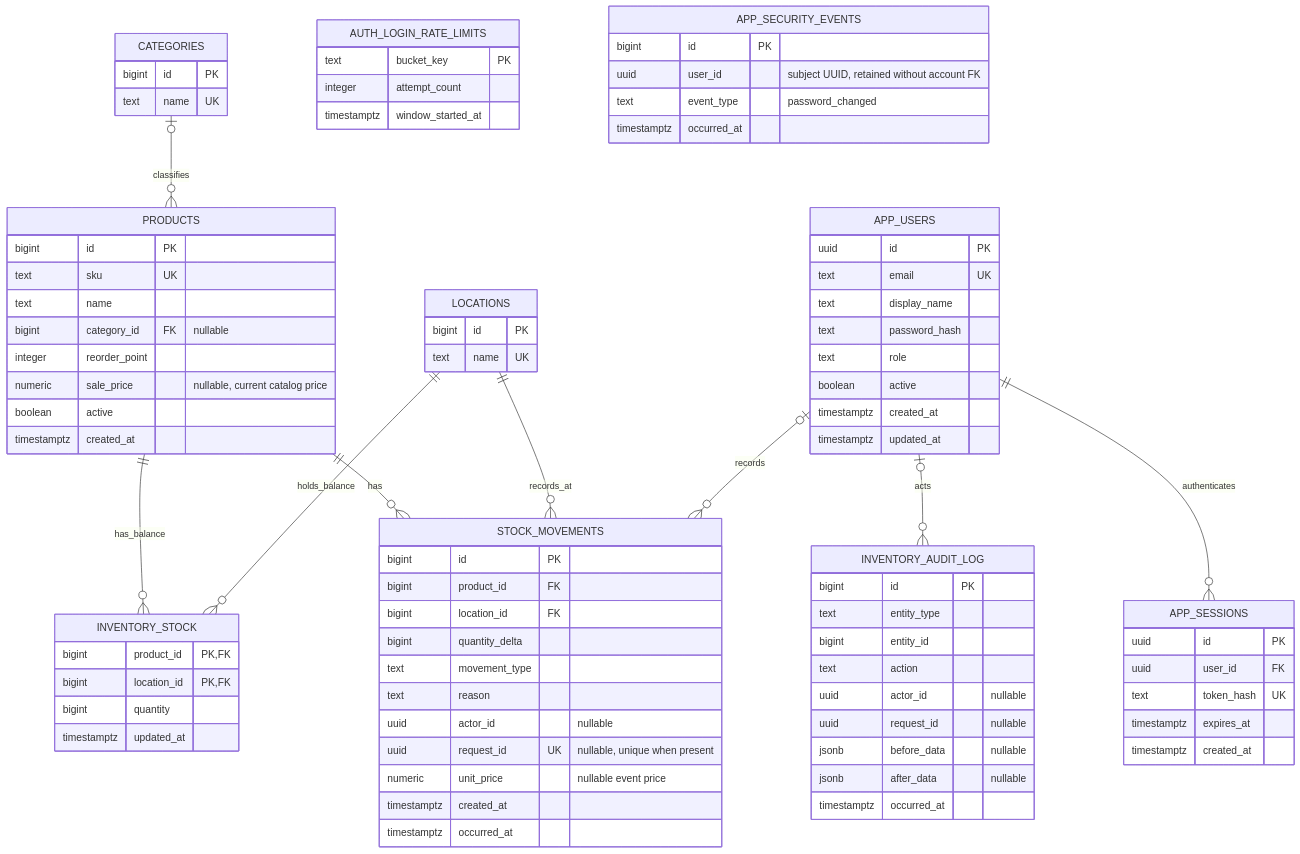
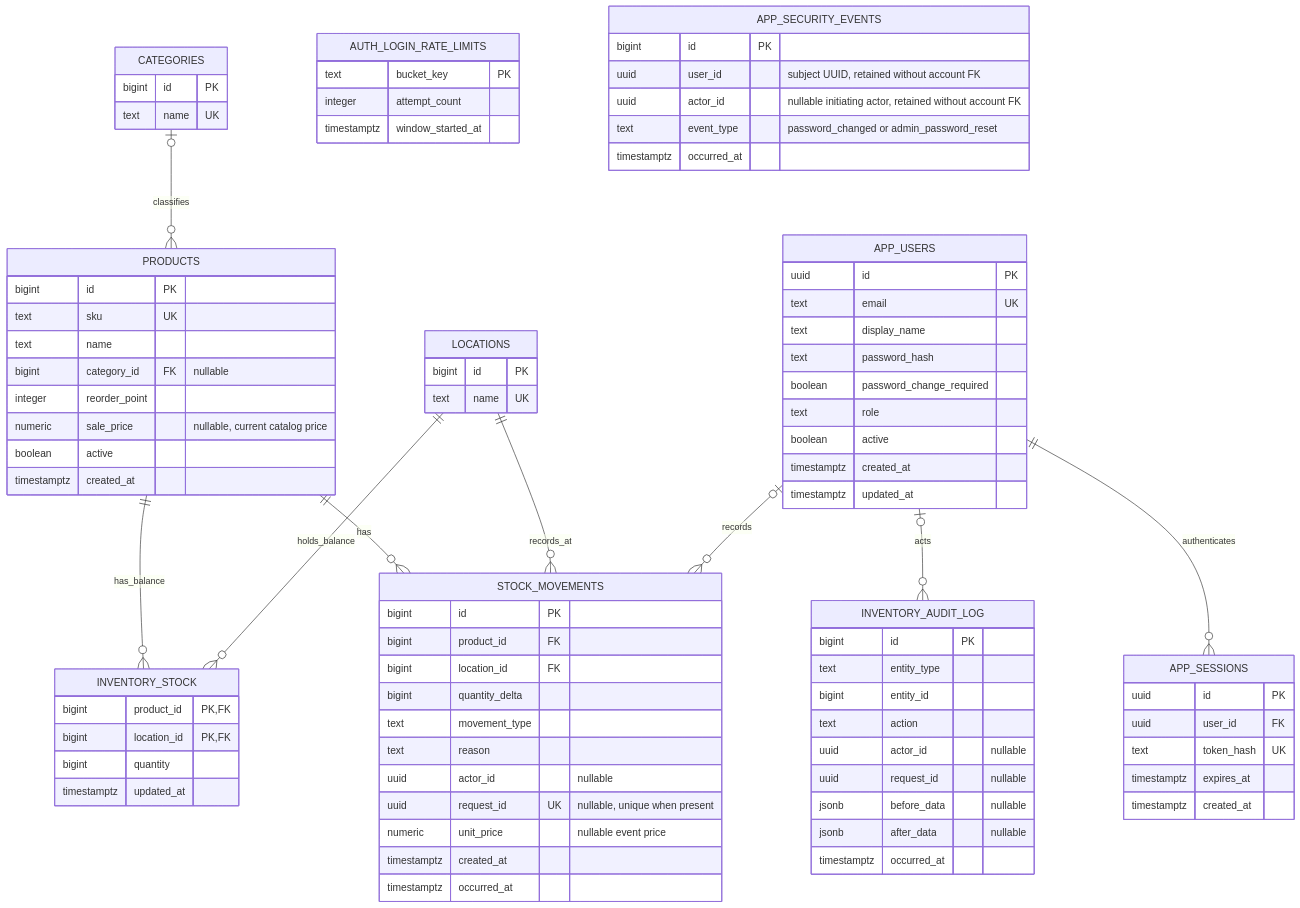
Before and after one commit to sysinfo7/Inventory_System: the first of 2 diagrams in docs/EMPLOYER_DATABASE_DESIGN.md, drawn with Mermaid. The commit also changed other lines of this file and 23 other files, not shown here.

Commit message:
feat: add admin-managed password reset

````diff
--- a/docs/EMPLOYER_DATABASE_DESIGN.md
+++ b/docs/EMPLOYER_DATABASE_DESIGN.md
@@ -77,6 +77,7 @@
         text email UK
         text display_name
         text password_hash
+        boolean password_change_required
         text role
         boolean active
         timestamptz created_at
@@ -97,7 +98,8 @@
     APP_SECURITY_EVENTS {
         bigint id PK
         uuid user_id "subject UUID, retained without account FK"
-        text event_type "password_changed"
+        uuid actor_id "nullable initiating actor, retained without account FK"
+        text event_type "password_changed or admin_password_reset"
         timestamptz occurred_at
     }
 ```
````
